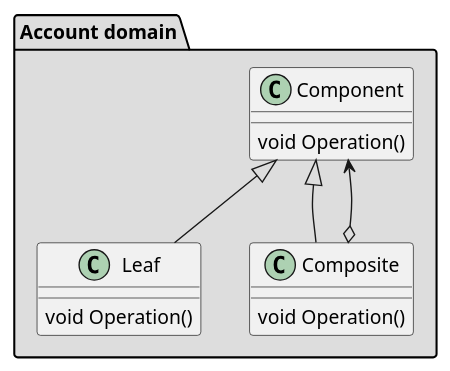
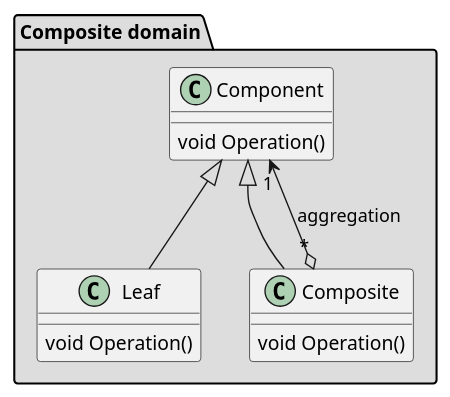
Before and after one commit to jackhwl/Functional_DDD: the diagram in Making-Your-CSharp-Code-More-Object-Oriented/IteratorDemo/CompositePattern.md, drawn with PlantUML.

Commit message:
composite diagram update

````diff
--- a/Making-Your-CSharp-Code-More-Object-Oriented/IteratorDemo/CompositePattern.md
+++ b/Making-Your-CSharp-Code-More-Object-Oriented/IteratorDemo/CompositePattern.md
@@ -2,24 +2,24 @@
 ```plantuml
 @startuml
 
-package "Account domain" #DDDDDD {
+package "Composite domain" #DDDDDD {
 
     class Component {
         void Operation()
     }
 
     class Leaf {
         void Operation()
     }
 
     class Composite {
         void Operation()
     }
 
     Component <|-- Composite
     Component <|-- Leaf
-    Component <--o Composite
+    Component "1" <--o "*" Composite : aggregation
 
 }
 @enduml
 ```
````
